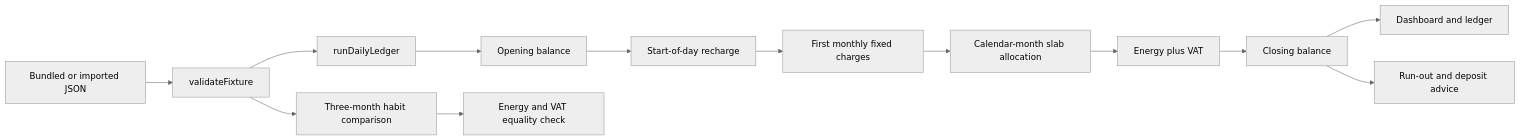
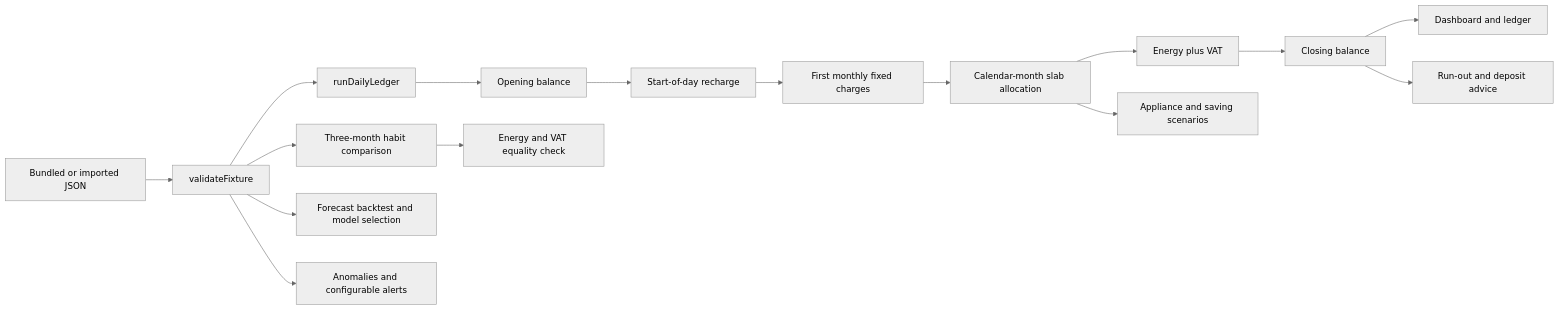
The diagram in README.md (Seyamalam/lsh26-t031-p10), drawn with Mermaid (neutral theme) before and after one commit. The commit also changed other lines of this file and 1 other file, not shown here.

````diff
--- a/README.md
+++ b/README.md
@@ -38,15 +48,18 @@
 ```mermaid
 flowchart LR
   J[Bundled or imported JSON] --> V[validateFixture]
   V --> L[runDailyLedger]
   L --> O[Opening balance]
   O --> R[Start-of-day recharge]
   R --> F[First monthly fixed charges]
   F --> S[Calendar-month slab allocation]
   S --> E[Energy plus VAT]
   E --> C[Closing balance]
   C --> D[Dashboard and ledger]
   C --> A[Run-out and deposit advice]
   V --> H[Three-month habit comparison]
   H --> I[Energy and VAT equality check]
+  V --> M[Forecast backtest and model selection]
+  V --> N[Anomalies and configurable alerts]
+  S --> P[Appliance and saving scenarios]
 ```
````
